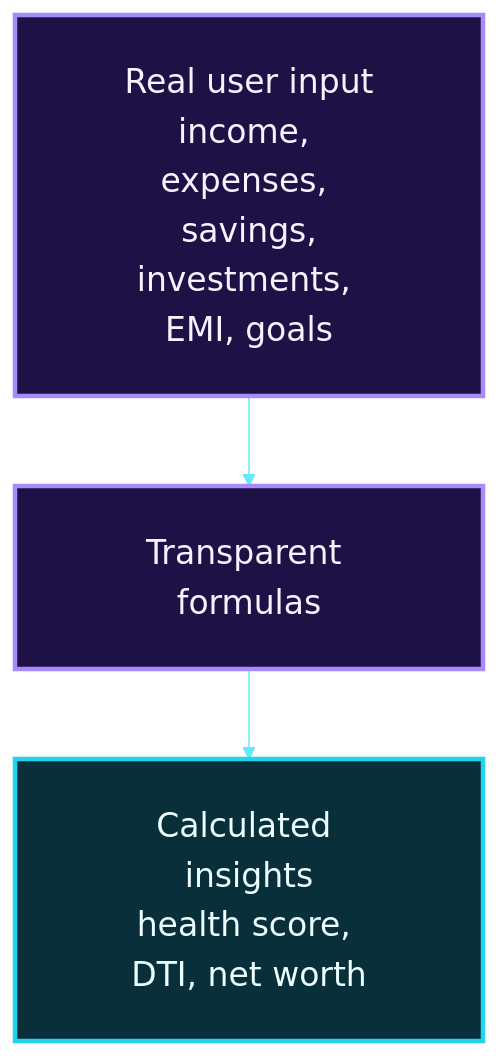
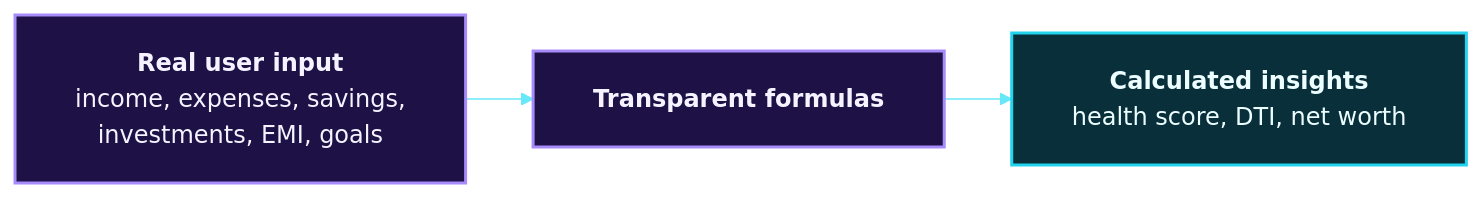
One commit to Mansi232323/MANSHORA changed the fifth of 13 diagrams in README.md. Above: the diagram before and after it, drawn with Mermaid. The commit also changed other lines of this file, not shown here.

````diff
--- a/README.md
+++ b/README.md
@@ -205,12 +194,10 @@
 ```mermaid
-%%{init: {'theme':'base','themeVariables':{'fontSize':'22px','fontFamily':'Arial, Helvetica, sans-serif','lineColor':'#67e8f9','clusterBkg':'#0f0f2b','clusterBorder':'#a78bfa','titleColor':'#e9d5ff','edgeLabelBackground':'#0f0f2b'},'flowchart':{'nodeSpacing':45,'rankSpacing':60,'padding':28,'htmlLabels':false,'useMaxWidth':true}}}%%
-flowchart TB
-    I["Real user input<br/>income, expenses, savings,<br/>investments, EMI, goals"]
-    K["Transparent formulas"]
-    O["Calculated insights<br/>health score, DTI, net worth"]
-    I --> K --> O
-    classDef flow fill:#1e1145,stroke:#a78bfa,stroke-width:3px,color:#f5f3ff
-    classDef out fill:#082f3a,stroke:#22d3ee,stroke-width:3px,color:#ecfeff
+%%{init: {'theme':'base','themeVariables':{'fontSize':'16px','fontFamily':'Arial, Helvetica, sans-serif','lineColor':'#67e8f9'},'flowchart':{'htmlLabels':true,'nodeSpacing':40,'rankSpacing':45,'padding':20,'wrappingWidth':260}}}%%
+flowchart LR
+    I["<b>Real user input</b><br/>income, expenses, savings,<br/>investments, EMI, goals"] --> K["<b>Transparent formulas</b>"]
+    K --> O["<b>Calculated insights</b><br/>health score, DTI, net worth"]
+    classDef flow fill:#1e1145,stroke:#a78bfa,stroke-width:2px,color:#f5f3ff
+    classDef out fill:#082f3a,stroke:#22d3ee,stroke-width:2px,color:#ecfeff
     class I,K flow
     class O out
 ```
````
